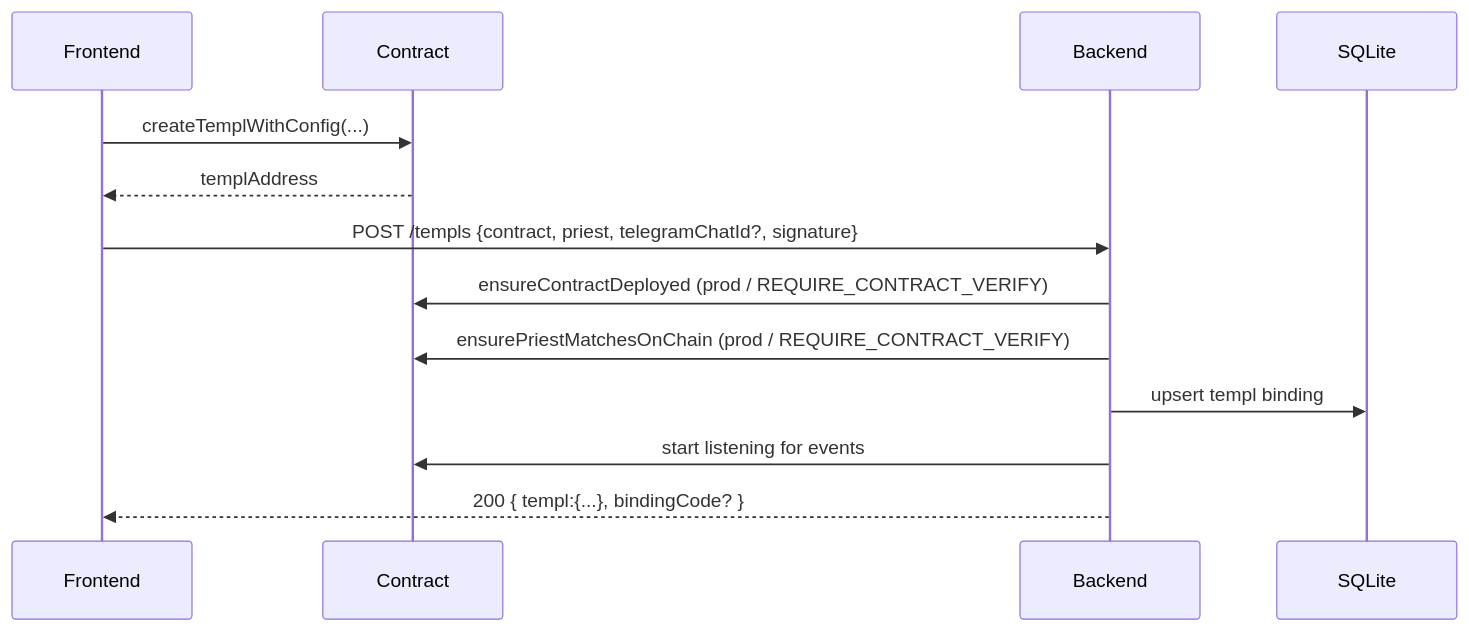
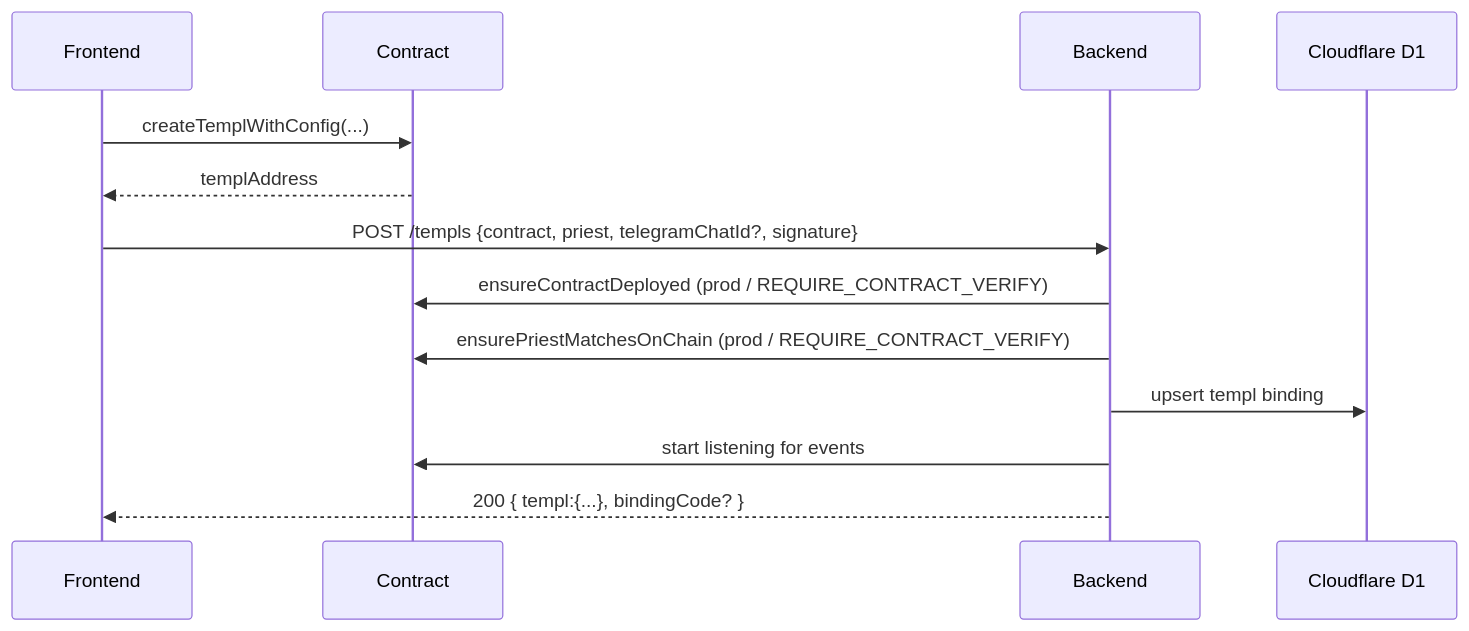
One commit to templ-fun/templ-evm-protocol changed the second of 11 diagrams in docs/CORE_FLOW_DOCS.MD. Above: the diagram before and after it, drawn with Mermaid. The commit also changed other lines of this file and 24 other files, not shown here.

````diff
--- a/docs/CORE_FLOW_DOCS.MD
+++ b/docs/CORE_FLOW_DOCS.MD
@@ -31,15 +31,15 @@
 ```mermaid
 sequenceDiagram
     participant F as Frontend
     participant C as Contract
     participant B as Backend
-    participant D as SQLite
+    participant D as Cloudflare D1
     F->>C: createTemplWithConfig(...)
     C-->>F: templAddress
     F->>B: POST /templs {contract, priest, telegramChatId?, signature}
     B->>C: ensureContractDeployed (prod / REQUIRE_CONTRACT_VERIFY)
     B->>C: ensurePriestMatchesOnChain (prod / REQUIRE_CONTRACT_VERIFY)
     B->>D: upsert templ binding
     B->>C: start listening for events
     B-->>F: 200 { templ:{...}, bindingCode? }
 ```
````
